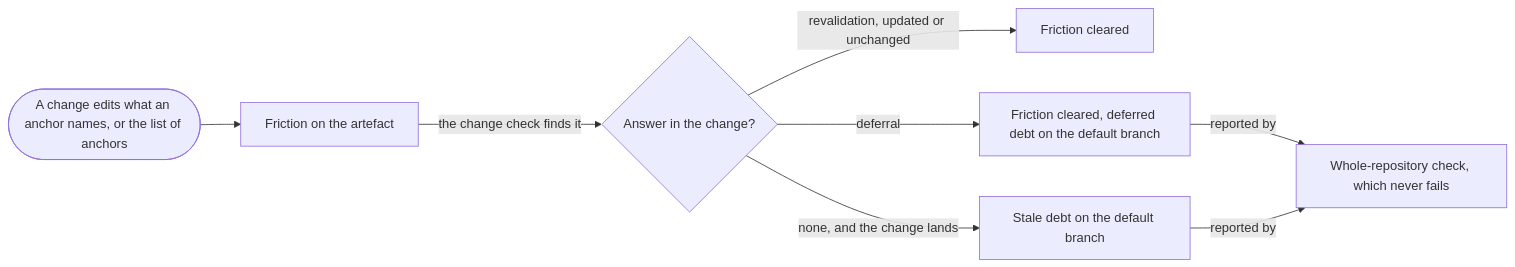
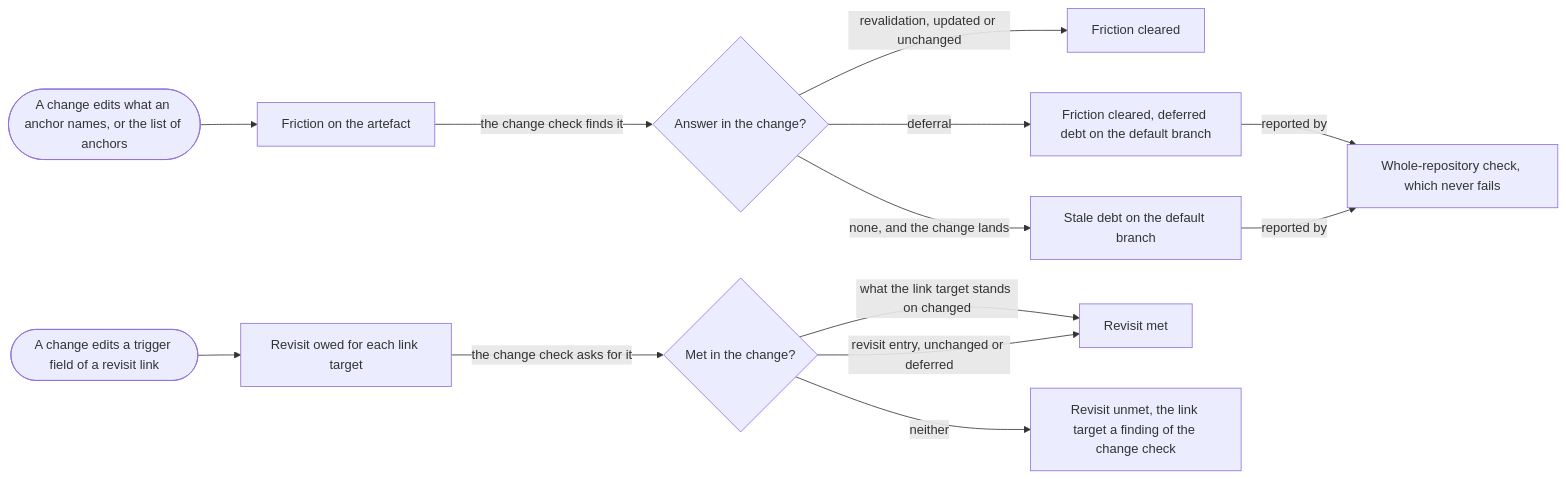
Before and after one commit to aleskalfas/project-kit: the second of 3 diagrams in tech-docs/analysis/core/domain-model/070-artefacts-and-friction.md, drawn with Mermaid. The commit also changed other lines of this file and 3 other files, not shown here.

First line of the commit message:
docs: the core's glossary defines revisit, revisit link, link target and trigger field

````diff
--- a/tech-docs/analysis/core/domain-model/070-artefacts-and-friction.md
+++ b/tech-docs/analysis/core/domain-model/070-artefacts-and-friction.md
@@ -105,12 +128,17 @@
 ```mermaid
 flowchart LR
-  accTitle: How an edit leaves an artefact behind, and how it is answered
-  accDescr: A change edits what an anchor names, or an artefact's list of anchors, and the artefact has friction. The change check finds it. A revalidation in the change, updated or unchanged, clears the friction. A deferral clears it too, and leaves deferred debt on the default branch. Friction nobody answered stays on the default branch as stale debt. The whole-repository check reports both kinds of debt, and never fails.
+  accTitle: How an edit leaves an artefact or a link target behind, and how each is answered
+  accDescr: A change edits what an anchor names, or an artefact's list of anchors, and the artefact has friction. The change check finds it. A revalidation in the change, updated or unchanged, clears the friction. A deferral clears it too, and leaves deferred debt on the default branch. Friction nobody answered stays on the default branch as stale debt. The whole-repository check reports both kinds of debt, and never fails. A change that edits a trigger field owes a revisit of each link target, which the change check asks for. A change to what the link target stands on, or a revisit entry, unchanged or deferred, meets the revisit. Otherwise the revisit stays unmet, and the link target is a finding of the change check.
   E([A change edits what an anchor names, or the list of anchors]) --> F[Friction on the artefact]
   F -->|the change check finds it| A{Answer in the change?}
   A -->|revalidation, updated or unchanged| CL[Friction cleared]
   A -->|deferral| DF["Friction cleared, deferred debt on the default branch"]
   A -->|none, and the change lands| SD[Stale debt on the default branch]
   DF -->|reported by| W["Whole-repository check, which never fails"]
   SD -->|reported by| W
+  T([A change edits a trigger field of a revisit link]) --> RO[Revisit owed for each link target]
+  RO -->|the change check asks for it| M{Met in the change?}
+  M -->|what the link target stands on changed| RM[Revisit met]
+  M -->|revisit entry, unchanged or deferred| RM
+  M -->|neither| RF[Revisit unmet, the link target a finding of the change check]
 ```
````
